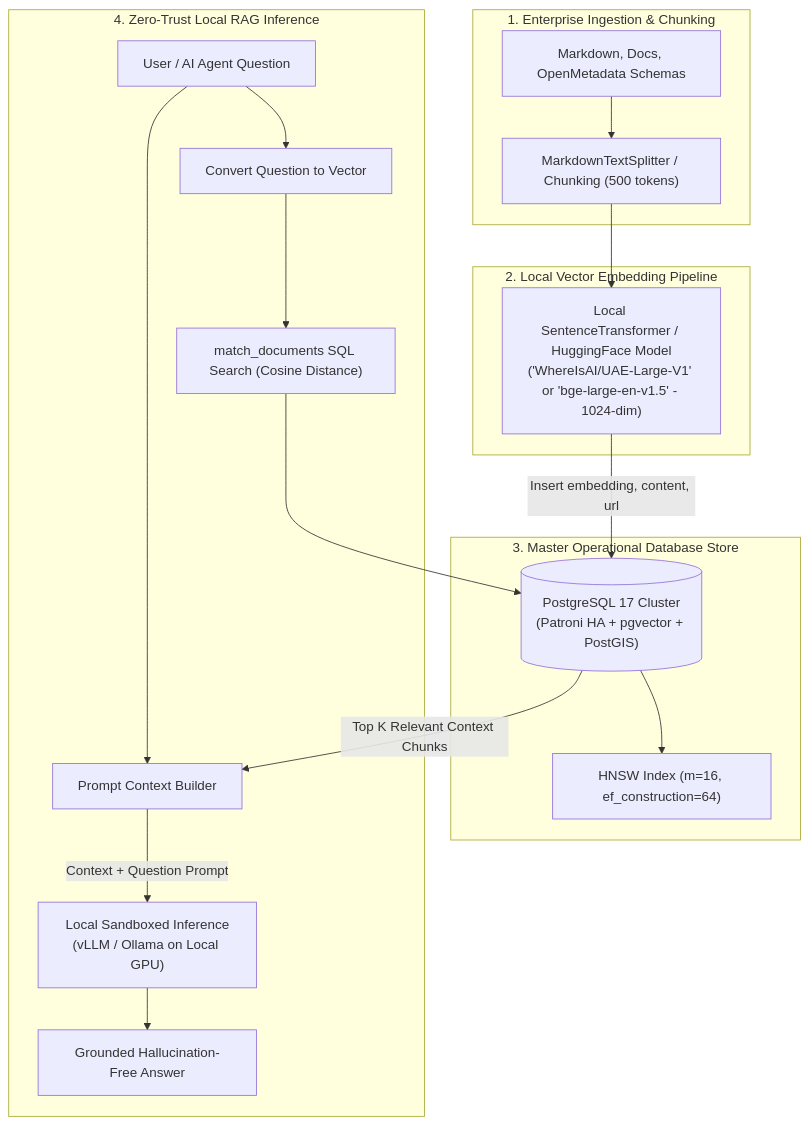
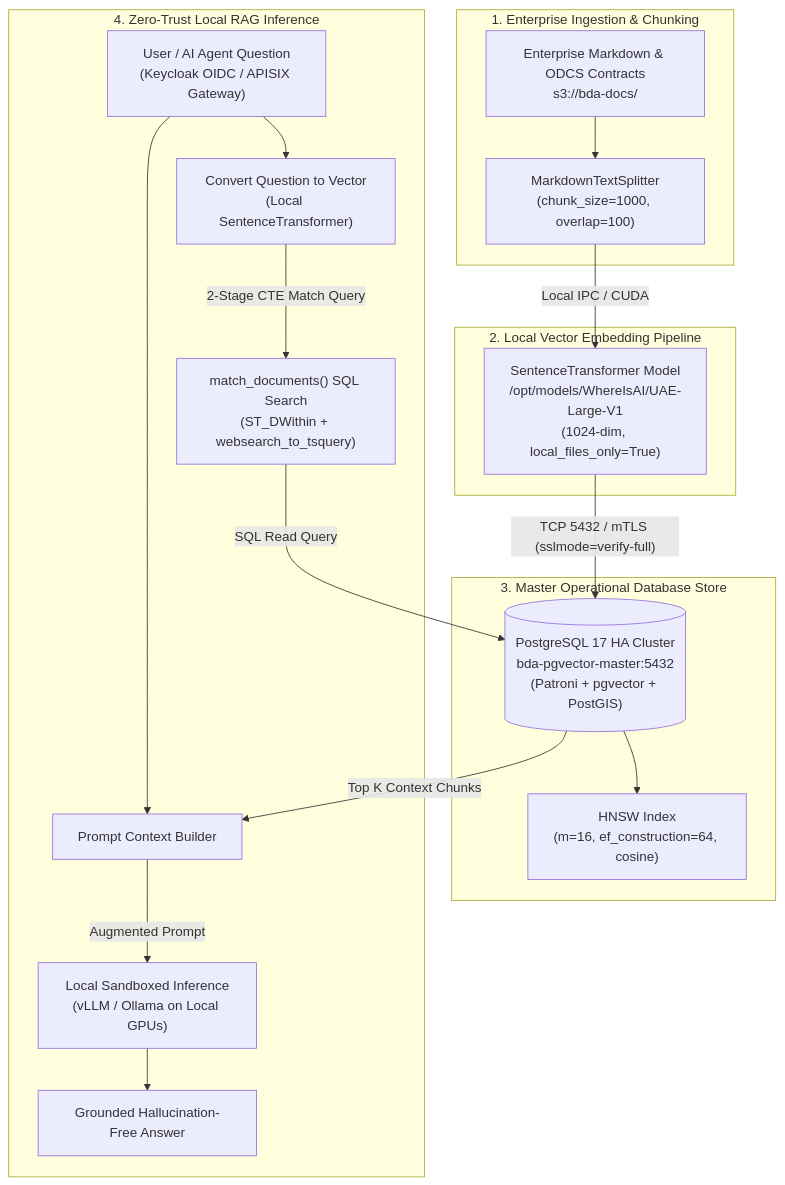
Before and after one commit to linuxmalaysia/bda-ai-infra: the second of 2 diagrams in docs/reference/postgresql-pgvector-enterprise-strategy.md, drawn with Mermaid. The commit also changed other lines of this file, not shown here.

First line of the commit message:
feat: adopt dual-render architecture diagram specification (SVG + Mermaid)

````diff
--- a/docs/reference/postgresql-pgvector-enterprise-strategy.md
+++ b/docs/reference/postgresql-pgvector-enterprise-strategy.md
@@ -169,25 +291,25 @@
 ```mermaid
 flowchart TD
     subgraph DataIngestion ["1. Enterprise Ingestion & Chunking"]
-        Docs["Markdown, Docs, OpenMetadata Schemas"] --> Splitter["MarkdownTextSplitter / Chunking (500 tokens)"]
+        Docs["Enterprise Markdown &amp; ODCS Contracts<br/>s3://bda-docs/"] --> Splitter["MarkdownTextSplitter<br/>(chunk_size=1000, overlap=100)"]
     end
 
     subgraph EmbeddingPipeline ["2. Local Vector Embedding Pipeline"]
-        Splitter --> LocalEmbed["Local SentenceTransformer / HuggingFace Model<br/>('WhereIsAI/UAE-Large-V1' or 'bge-large-en-v1.5' - 1024-dim)"]
+        Splitter -->|"Local IPC / CUDA"| LocalEmbed["SentenceTransformer Model<br/>/opt/models/WhereIsAI/UAE-Large-V1<br/>(1024-dim, local_files_only=True)"]
     end
 
     subgraph PgVectorStore ["3. Master Operational Database Store"]
-        LocalEmbed -->|Insert embedding, content, url| PgDB[("PostgreSQL 17 Cluster<br/>(Patroni HA + pgvector + PostGIS)")]
-        PgDB --> HNSWIdx["HNSW Index (m=16, ef_construction=64)"]
+        LocalEmbed -->|"TCP 5432 / mTLS (sslmode=verify-full)"| PgDB[("PostgreSQL 17 HA Cluster<br/>bda-pgvector-master:5432<br/>(Patroni + pgvector + PostGIS)")]
+        PgDB --> HNSWIdx["HNSW Index<br/>(m=16, ef_construction=64, cosine)"]
     end
 
     subgraph RAGInference ["4. Zero-Trust Local RAG Inference"]
-        UserQ["User / AI Agent Question"] --> QEmbed["Convert Question to Vector"]
-        QEmbed --> MatchFunc["match_documents SQL Search (Cosine Distance)"]
-        MatchFunc --> PgDB
-        PgDB -->|Top K Relevant Context Chunks| PromptBuilder["Prompt Context Builder"]
+        UserQ["User / AI Agent Question<br/>(Keycloak OIDC / APISIX Gateway)"] --> QEmbed["Convert Question to Vector<br/>(Local SentenceTransformer)"]
+        QEmbed -->|"2-Stage CTE Match Query"| MatchFunc["match_documents() SQL Search<br/>(ST_DWithin + websearch_to_tsquery)"]
+        MatchFunc -->|"SQL Read Query"| PgDB
+        PgDB -->|"Top K Context Chunks"| PromptBuilder["Prompt Context Builder"]
         UserQ --> PromptBuilder
-        PromptBuilder -->|Context + Question Prompt| LocalLLM["Local Sandboxed Inference<br/>(vLLM / Ollama on Local GPU)"]
+        PromptBuilder -->|"Augmented Prompt"| LocalLLM["Local Sandboxed Inference<br/>(vLLM / Ollama on Local GPUs)"]
         LocalLLM --> GroundedAnswer["Grounded Hallucination-Free Answer"]
     end
 ```
````
